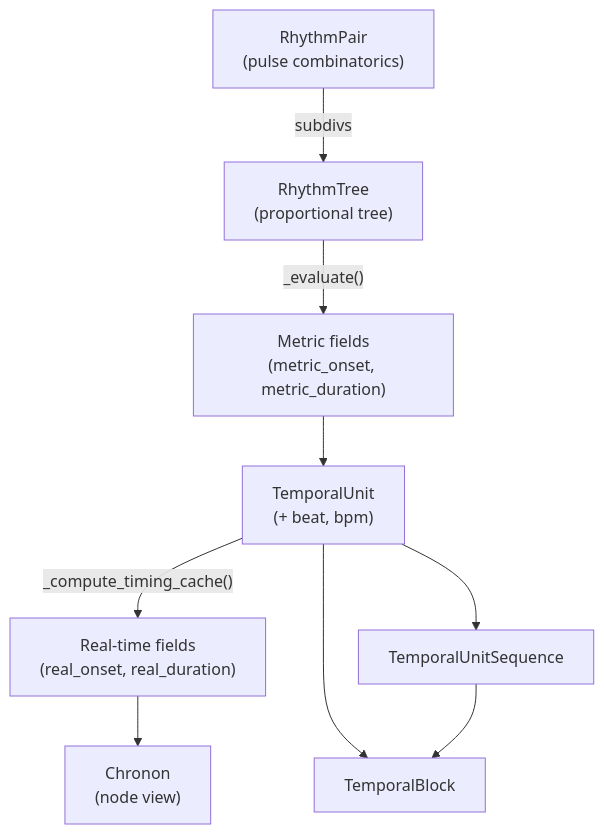
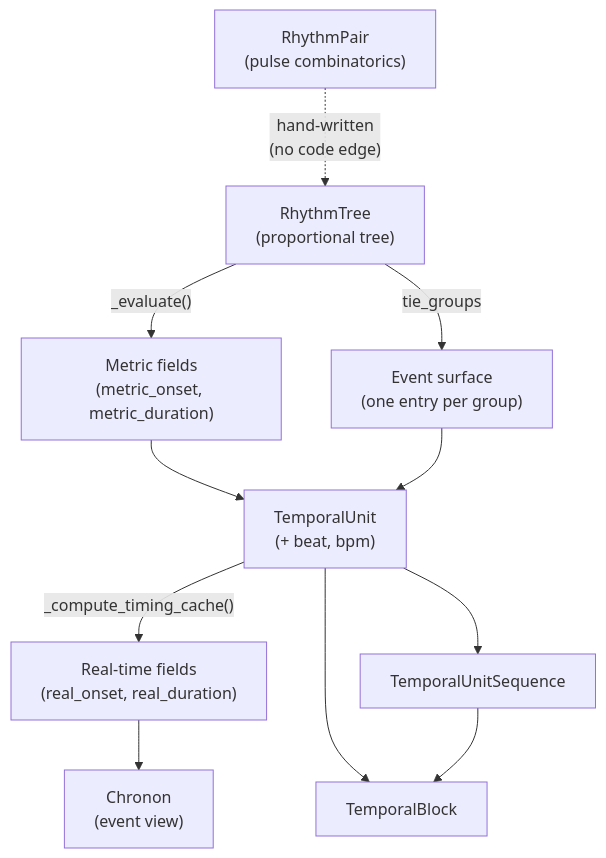
Before and after one commit to kr4g/Klotho: the seventh of 7 diagrams in docs/architecture/02_CHRONOS.md, drawn with Mermaid. The commit also changed other lines of this file and 1 other file, not shown here.

First line of the commit message:
docs: correct chronos/topos architecture against the Chapter-4 span

````diff
--- a/docs/architecture/02_CHRONOS.md
+++ b/docs/architecture/02_CHRONOS.md
@@ -403,13 +653,15 @@
 ```mermaid
 flowchart TD
-    RP["RhythmPair<br/>(pulse combinatorics)"] -->|subdivs| RT
+    RP["RhythmPair<br/>(pulse combinatorics)"] -.->|"hand-written<br/>(no code edge)"| RT
     RT["RhythmTree<br/>(proportional tree)"]
     RT -->|"_evaluate()"| MF["Metric fields<br/>(metric_onset, metric_duration)"]
+    RT -->|"tie_groups"| EV["Event surface<br/>(one entry per group)"]
     MF --> UT["TemporalUnit<br/>(+ beat, bpm)"]
+    EV --> UT
     UT -->|"_compute_timing_cache()"| RF["Real-time fields<br/>(real_onset, real_duration)"]
     UT --> UTS["TemporalUnitSequence"]
     UT --> TB["TemporalBlock"]
     UTS --> TB
 
-    RF --> Chronon["Chronon<br/>(node view)"]
+    RF --> Chronon["Chronon<br/>(event view)"]
 ```
````
